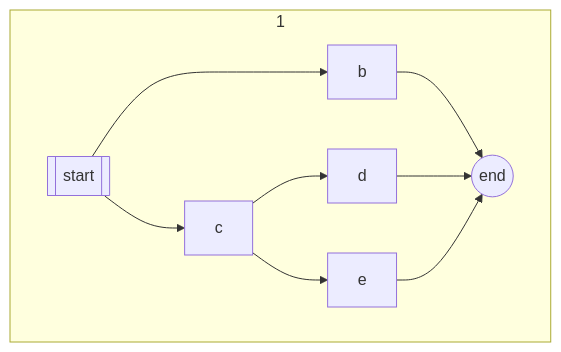
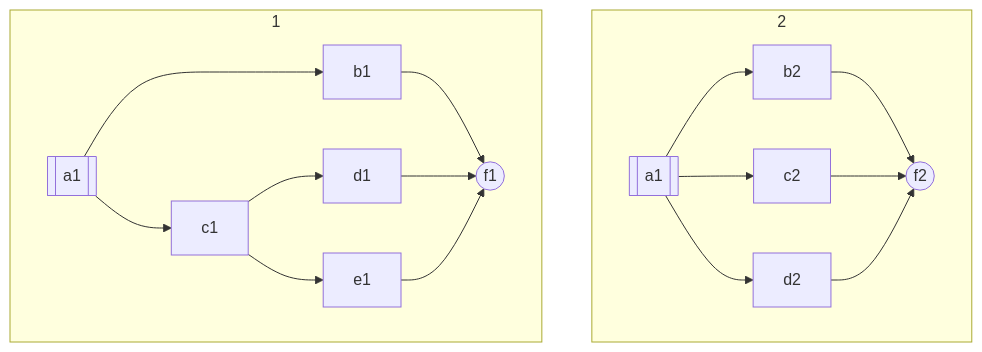
Before and after one commit to vczh-websites/vczh: diagram 14 of 14 in Blog/GLR-Refactoring/Mermaid.md, drawn with Mermaid.

````diff
--- a/Blog/GLR-Refactoring/Mermaid.md
+++ b/Blog/GLR-Refactoring/Mermaid.md
@@ -260,8 +260,14 @@
 ```mermaid
 graph TD
   subgraph 1
-    a[[start]]-->b & c
-    b-->f((end))
-    c-->d & e-->f
+    a1[[a1]]-->b1 & c1
+    b1-->f1((f1))
+    c1-->d1 & e1-->f1
+  end
+
+  subgraph 2
+    a2[[a1]]-->b2 & c2 & d2
+    b2-->f2((f2))
+    c2 & d2-->f2
   end
 ```
````
